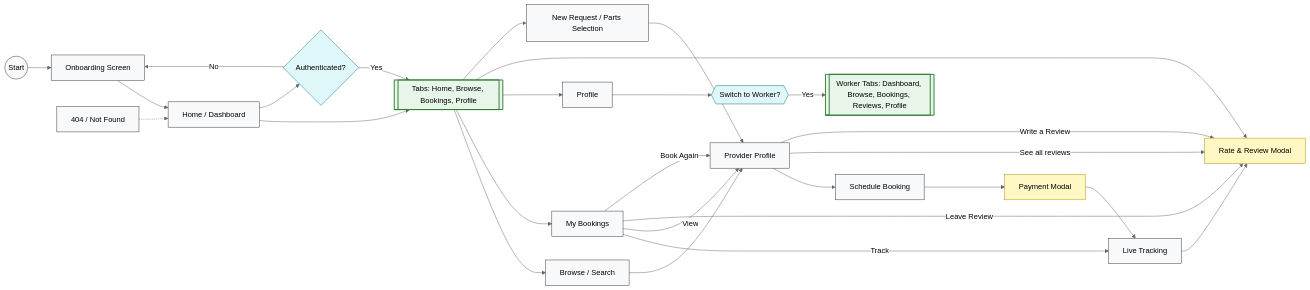
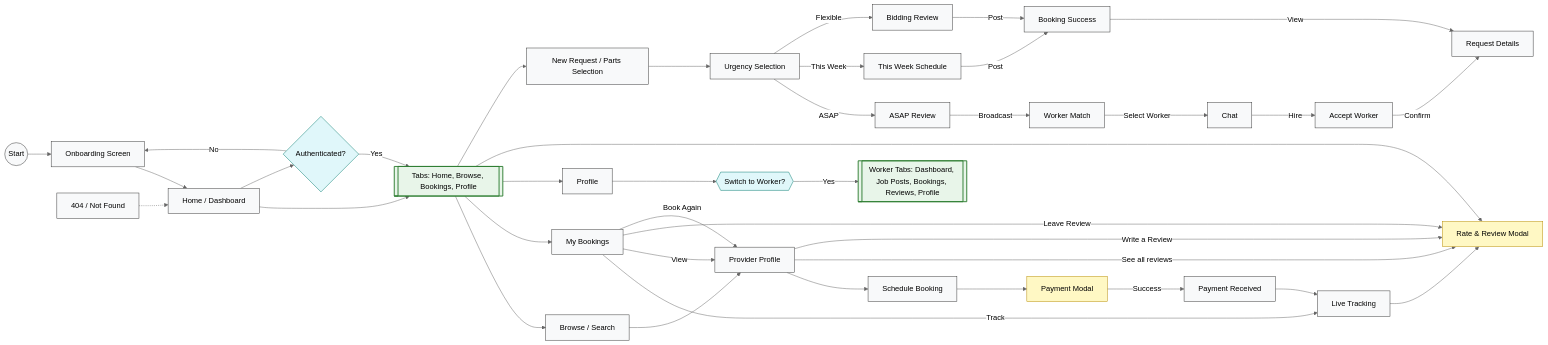
Before and after one commit to JoevinCasibua/A-yos-Project: the diagram in docs/user-flow.md, drawn with Mermaid (neutral theme). The commit also changed other lines of this file and 1 other file, not shown here.

Commit message:
docs: update worker-flow and user-flow with new screens and palette
- Update palette tokens to match current theme (#071022)
- Add new screens: accept-worker, chat, match, request, success
- Update Mermaid diagrams with new booking/request flows
- Update worker tab name from Browse to Job Posts
- Add shared screens table entries

```diff
--- a/docs/user-flow.md
+++ b/docs/user-flow.md
@@ -52,15 +59,25 @@
   Tabs[[Tabs: Home, Browse, Bookings, Profile]]
   Search[Browse / Search]
   NewRequest[New Request / Parts Selection]
+  Urgency[Urgency Selection]
+  ASAP[ASAP Review]
+  ThisWeek[This Week Schedule]
+  Bidding[Bidding Review]
   Provider[Provider Profile]
   Booking[Schedule Booking]
   Payment[Payment Modal]
+  PaymentReceived[Payment Received]
   Tracking[Live Tracking]
   ReviewModal[Rate & Review Modal]
   BookingsList[My Bookings]
   ProfileScreen[Profile]
+  AcceptWorker[Accept Worker]
+  Chat[Chat]
+  Match[Worker Match]
+  RequestDetails[Request Details]
+  BookingSuccess[Booking Success]
   SwitchAccount{{Switch to Worker?}}
-  WorkerTabs[[Worker Tabs: Dashboard, Browse, Bookings, Reviews, Profile]]
+  WorkerTabs[[Worker Tabs: Dashboard, Job Posts, Bookings, Reviews, Profile]]
   NotFound[404 / Not Found]
 
   %% Flow
@@ -73,12 +90,25 @@
   Tabs --> ReviewModal
 
   Tabs --> NewRequest
-  NewRequest --> Provider
+  NewRequest --> Urgency
+  Urgency -->|ASAP| ASAP
+  Urgency -->|This Week| ThisWeek
+  Urgency -->|Flexible| Bidding
+
+  ASAP -->|Broadcast| Match
+  Match -->|Select Worker| Chat
+  Chat -->|Hire| AcceptWorker
+  AcceptWorker -->|Confirm| RequestDetails
+
+  ThisWeek -->|Post| BookingSuccess
+  Bidding -->|Post| BookingSuccess
+  BookingSuccess -->|View| RequestDetails
 
   Search --> Provider
   Provider --> Booking
   Booking --> Payment
-  Payment --> Tracking
+  Payment -->|Success| PaymentReceived
+  PaymentReceived --> Tracking
   Tracking --> ReviewModal
   BookingsList -->|Track| Tracking
   BookingsList -->|View| Provider
@@ -101,7 +131,7 @@
   classDef modal fill:#fff8c4,stroke:#b58900;
   classDef decision fill:#e0f7fa,stroke:#00796b,stroke-width:1px;
   classDef tabgroup fill:#e8f5e9,stroke:#2e7d32,stroke-width:2px;
-  class Start,Onboarding,Home,Search,NewRequest,Provider,Booking,Tracking,BookingsList,ProfileScreen,NotFound screen;
+  class Start,Onboarding,Home,Search,NewRequest,Urgency,ASAP,ThisWeek,Bidding,Provider,Booking,Tracking,BookingsList,ProfileScreen,AcceptWorker,Chat,Match,RequestDetails,BookingSuccess,PaymentReceived,NotFound screen;
   class Payment,ReviewModal modal;
   class hasAuth,SwitchAccount decision;
   class Tabs,WorkerTabs tabgroup;
```
